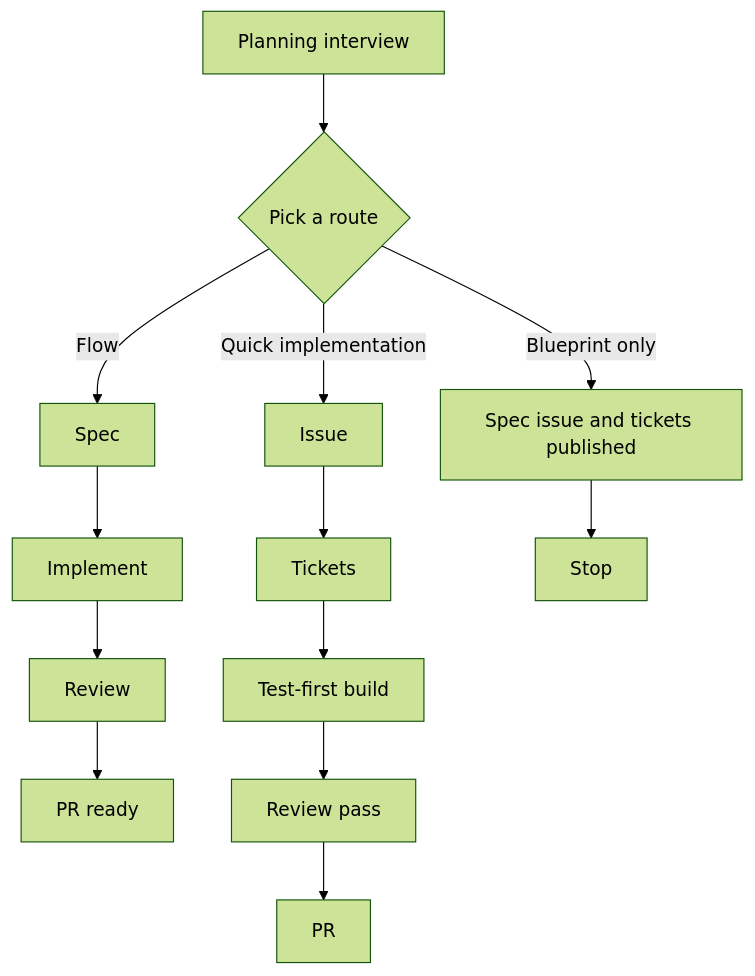
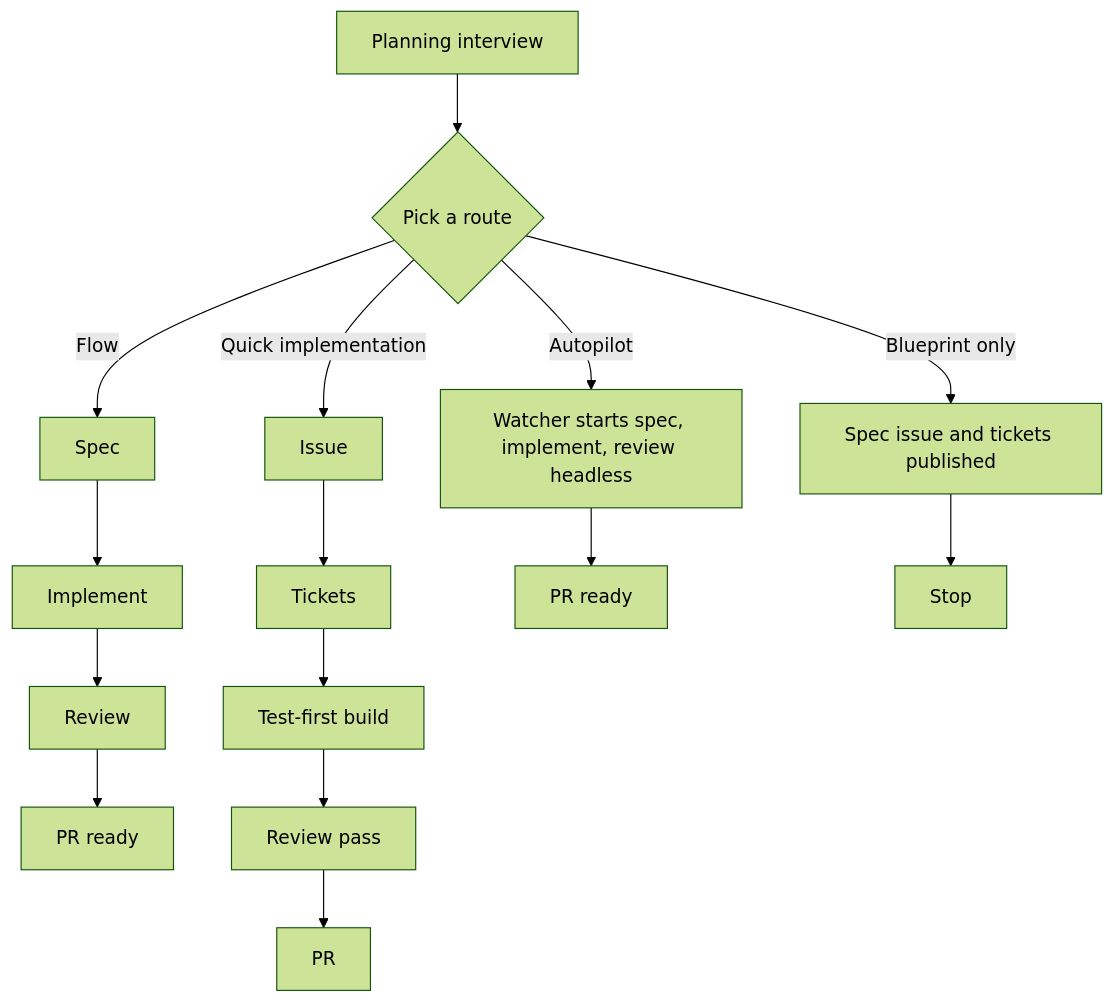
The diagram in README.md (maj0rpain/orchestrator), drawn with Mermaid (forest theme) before and after one commit. The commit also changed other lines of this file and 3 other files, not shown here.

Commit message:
Document the autopilot flow in the README and how-it-works

````diff
--- a/README.md
+++ b/README.md
@@ -70,7 +93,8 @@
 ```mermaid
 flowchart TD
     P[Planning interview] --> Q{Pick a route}
     Q -->|Flow| S[Spec] --> I[Implement] --> R[Review] --> PR1[PR ready]
     Q -->|Quick implementation| QI[Issue] --> QT[Tickets] --> QB[Test-first build] --> QR[Review pass] --> PR2[PR]
+    Q -->|Autopilot| A[Watcher starts spec, implement, review headless] --> PR3[PR ready]
     Q -->|Blueprint only| B[Spec issue and tickets published] --> STOP[Stop]
 ```
````
